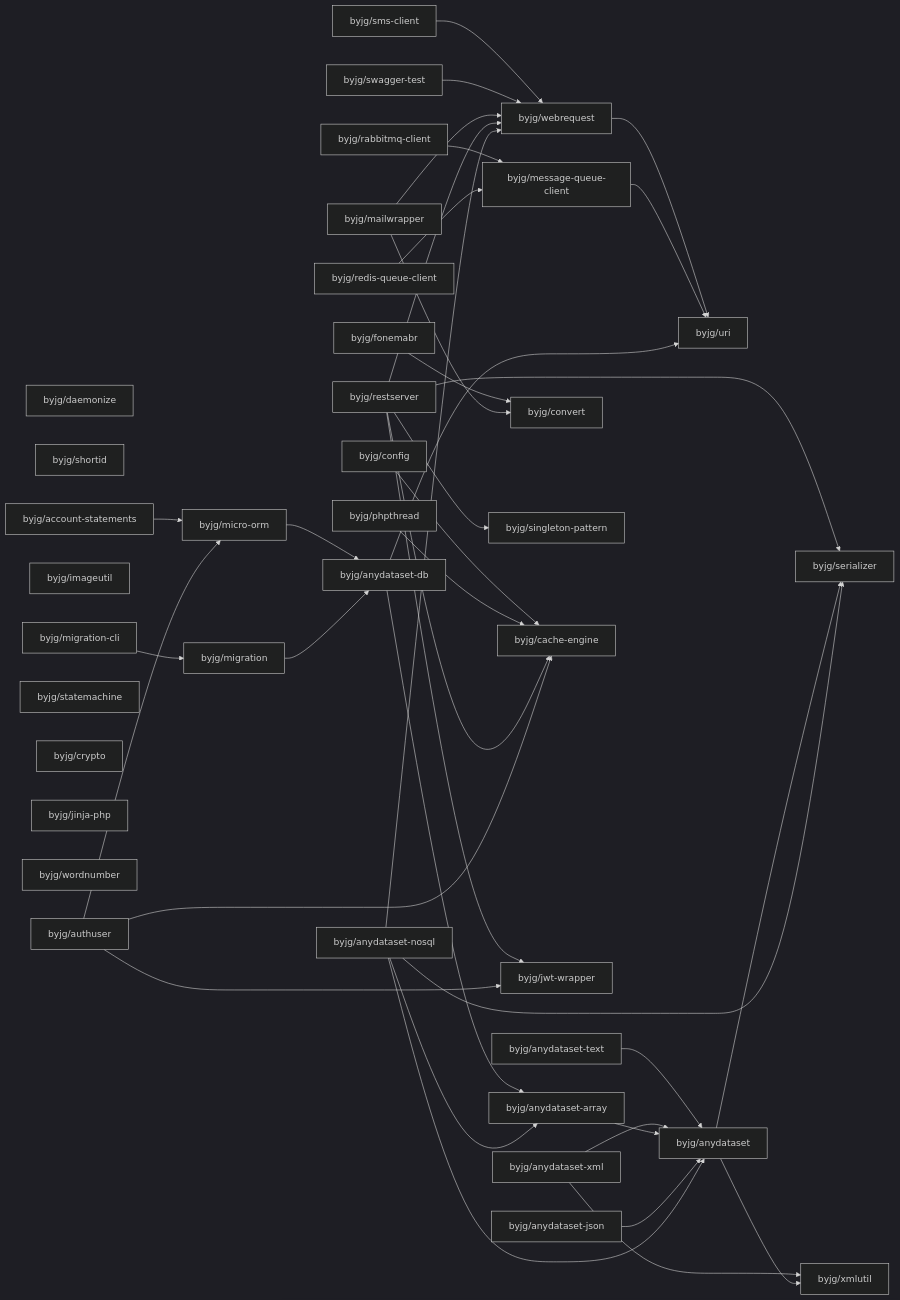
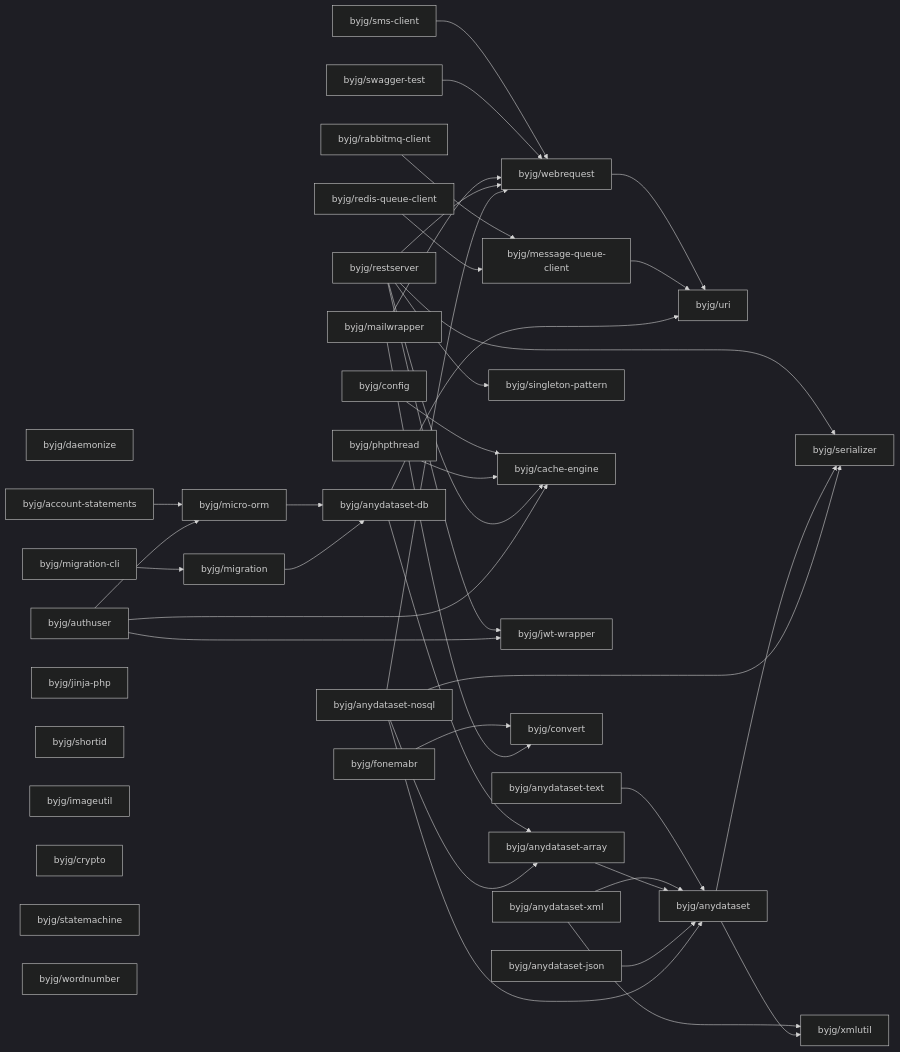
One commit to byjg/byjg.github.io changed the diagram in php/README.md. Above: the diagram before and after it, drawn with Mermaid (dark theme). The commit also changed other lines of this file, not shown here.

Commit message:
Update documentation 'php' 'php-migration'

````diff
--- a/php/README.md
+++ b/php/README.md
@@ -3,76 +3,76 @@
 ```mermaid
 graph LR;
+  byjg/mailwrapper;
   byjg/anydataset-xml;
+  byjg/redis-queue-client;
   byjg/daemonize;
+  byjg/config;
+  byjg/anydataset-text;
+  byjg/rabbitmq-client;
+  byjg/authuser;
   byjg/sms-client;
+  byjg/anydataset-json;
+  byjg/account-statements;
+  byjg/migration-cli;
+  byjg/phpthread;
+  byjg/jinja-php;
+  byjg/restserver;
   byjg/shortid;
-  byjg/authuser;
+  byjg/anydataset-nosql;
+  byjg/swagger-test;
   byjg/imageutil;
-  byjg/rabbitmq-client;
-  byjg/migration-cli;
-  byjg/mailwrapper;
+  byjg/crypto;
   byjg/statemachine;
-  byjg/phpthread;
-  byjg/crypto;
-  byjg/redis-queue-client;
-  byjg/jinja-php;
-  byjg/anydataset-text;
+  byjg/fonemabr;
   byjg/wordnumber;
-  byjg/fonemabr;
-  byjg/config;
-  byjg/anydataset-json;
-  byjg/restserver;
-  byjg/swagger-test;
-  byjg/anydataset-nosql;
-  byjg/account-statements;
+  byjg/message-queue-client;
+  byjg/micro-orm;
   byjg/migration;
-  byjg/message-queue-client;
-  byjg/convert;
   byjg/singleton-pattern;
   byjg/cache-engine;
   byjg/jwt-wrapper;
   byjg/webrequest;
-  byjg/micro-orm;
+  byjg/convert;
   byjg/anydataset-db;
   byjg/anydataset-array;
   byjg/uri;
   byjg/anydataset;
   byjg/serializer;
   byjg/xmlutil;
   byjg/sms-client --> byjg/webrequest;
   byjg/fonemabr --> byjg/convert;
   byjg/config --> byjg/cache-engine;
   byjg/anydataset-text --> byjg/anydataset;
   byjg/webrequest --> byjg/uri;
   byjg/account-statements --> byjg/micro-orm;
   byjg/rabbitmq-client --> byjg/message-queue-client;
   byjg/micro-orm --> byjg/anydataset-db;
   byjg/phpthread --> byjg/cache-engine;
   byjg/swagger-test --> byjg/webrequest;
   byjg/anydataset-xml --> byjg/anydataset;
   byjg/anydataset-xml --> byjg/xmlutil;
   byjg/anydataset-array --> byjg/anydataset;
   byjg/mailwrapper --> byjg/convert;
   byjg/mailwrapper --> byjg/webrequest;
   byjg/message-queue-client --> byjg/uri;
   byjg/anydataset-db --> byjg/anydataset-array;
   byjg/anydataset-db --> byjg/uri;
   byjg/anydataset-json --> byjg/anydataset;
   byjg/migration --> byjg/anydataset-db;
   byjg/redis-queue-client --> byjg/message-queue-client;
   byjg/restserver --> byjg/serializer;
   byjg/restserver --> byjg/singleton-pattern;
   byjg/restserver --> byjg/cache-engine;
   byjg/restserver --> byjg/webrequest;
   byjg/restserver --> byjg/jwt-wrapper;
   byjg/authuser --> byjg/micro-orm;
   byjg/authuser --> byjg/cache-engine;
   byjg/authuser --> byjg/jwt-wrapper;
   byjg/migration-cli --> byjg/migration;
   byjg/anydataset --> byjg/serializer;
   byjg/anydataset --> byjg/xmlutil;
   byjg/anydataset-nosql --> byjg/anydataset;
   byjg/anydataset-nosql --> byjg/anydataset-array;
   byjg/anydataset-nosql --> byjg/serializer;
   byjg/anydataset-nosql --> byjg/webrequest;
 ```
````
